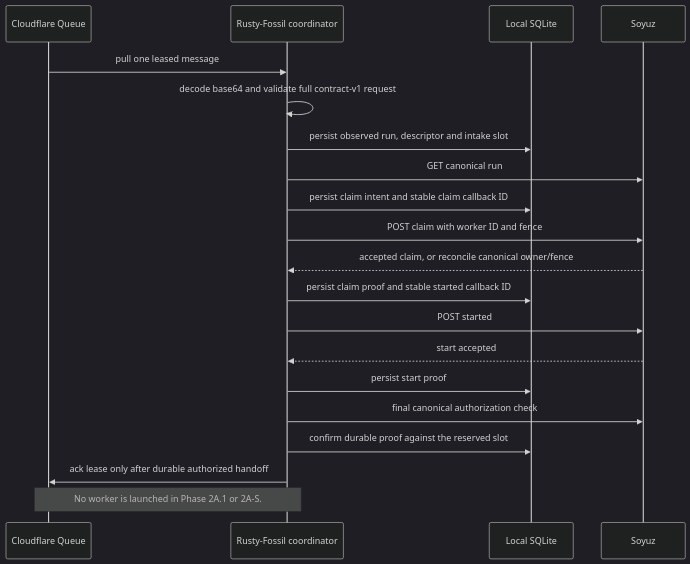
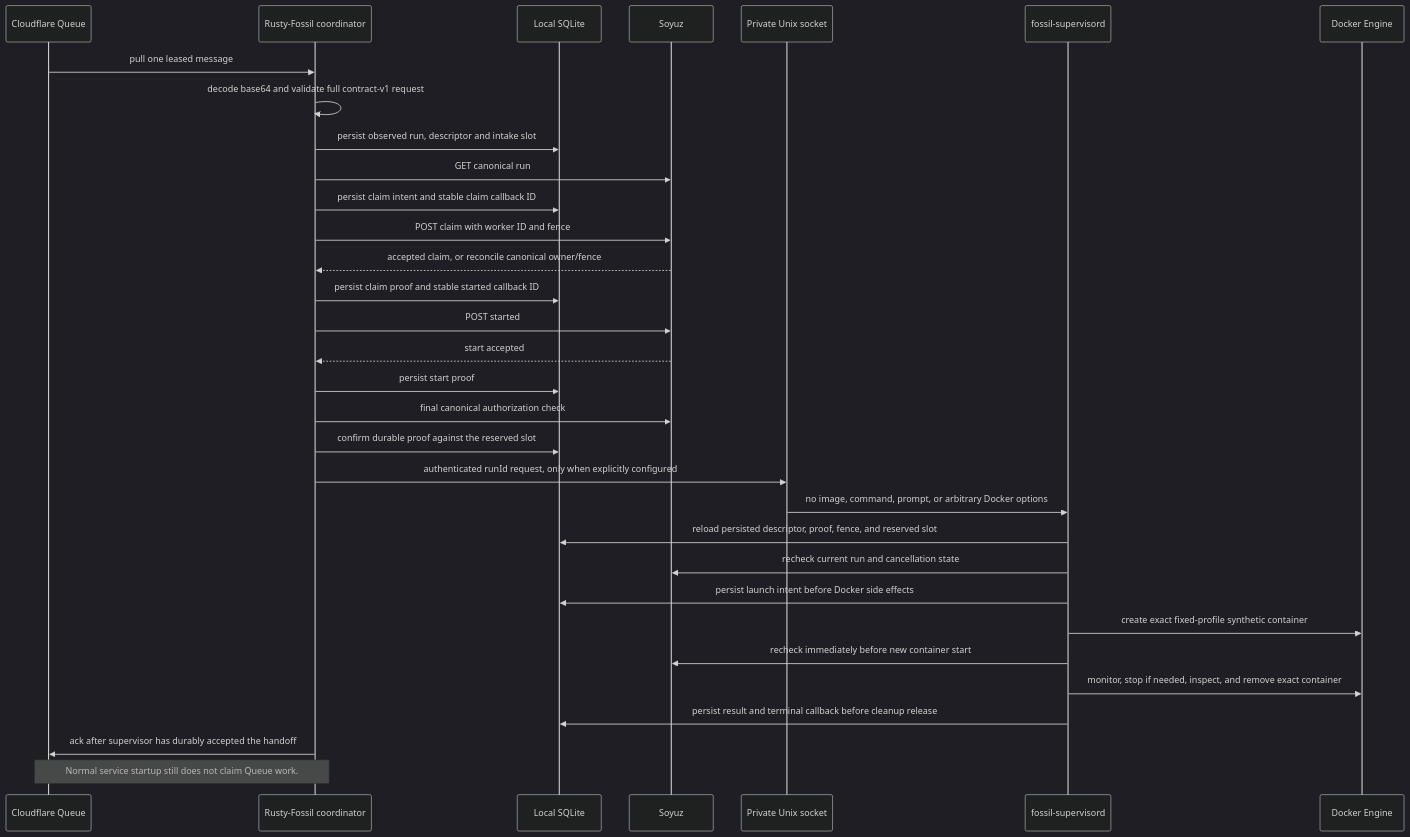
The diagram in README.md (CyanAutomation/rusty-fossil), drawn with Mermaid (dark theme) before and after one commit. The commit also changed other lines of this file and 35 other files, not shown here.

Commit message:
feat: implement proof-gated Docker supervisor

````diff
--- a/README.md
+++ b/README.md
@@ -19,22 +21,34 @@
 ```mermaid
 sequenceDiagram
     participant Q as Cloudflare Queue
     participant C as Rusty-Fossil coordinator
     participant DB as Local SQLite
     participant S as Soyuz
+    participant IPC as Private Unix socket
+    participant X as fossil-supervisord
+    participant D as Docker Engine
     Q->>C: pull one leased message
     C->>C: decode base64 and validate full contract-v1 request
     C->>DB: persist observed run, descriptor and intake slot
     C->>S: GET canonical run
     C->>DB: persist claim intent and stable claim callback ID
     C->>S: POST claim with worker ID and fence
     S-->>C: accepted claim, or reconcile canonical owner/fence
     C->>DB: persist claim proof and stable started callback ID
     C->>S: POST started
     S-->>C: start accepted
     C->>DB: persist start proof
     C->>S: final canonical authorization check
     C->>DB: confirm durable proof against the reserved slot
-    C->>Q: ack lease only after durable authorized handoff
-    Note over C,Q: No worker is launched in Phase 2A.1 or 2A-S.
+    C->>IPC: authenticated runId request, only when explicitly configured
+    IPC->>X: no image, command, prompt, or arbitrary Docker options
+    X->>DB: reload persisted descriptor, proof, fence, and reserved slot
+    X->>S: recheck current run and cancellation state
+    X->>DB: persist launch intent before Docker side effects
+    X->>D: create exact fixed-profile synthetic container
+    X->>S: recheck immediately before new container start
+    X->>D: monitor, stop if needed, inspect, and remove exact container
+    X->>DB: persist result and terminal callback before cleanup release
+    C->>Q: ack after supervisor has durably accepted the handoff
+    Note over C,Q: Normal service startup still does not claim Queue work.
 ```
````
